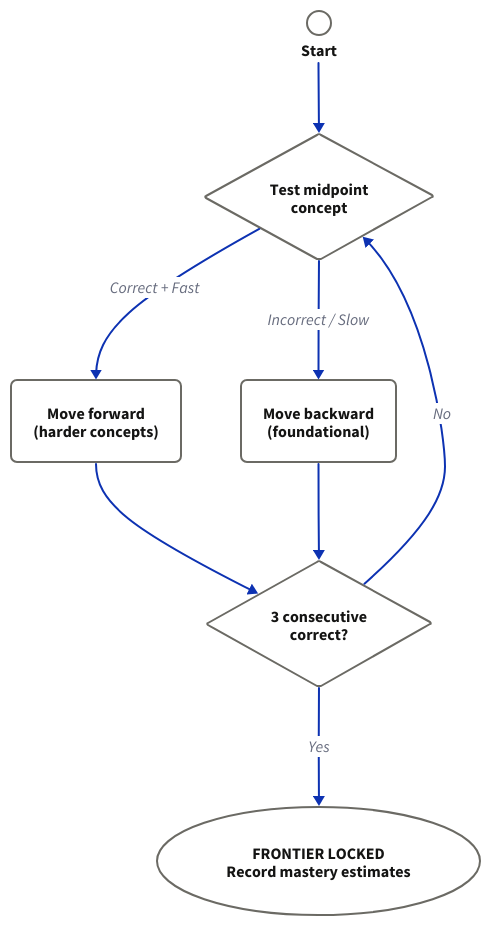
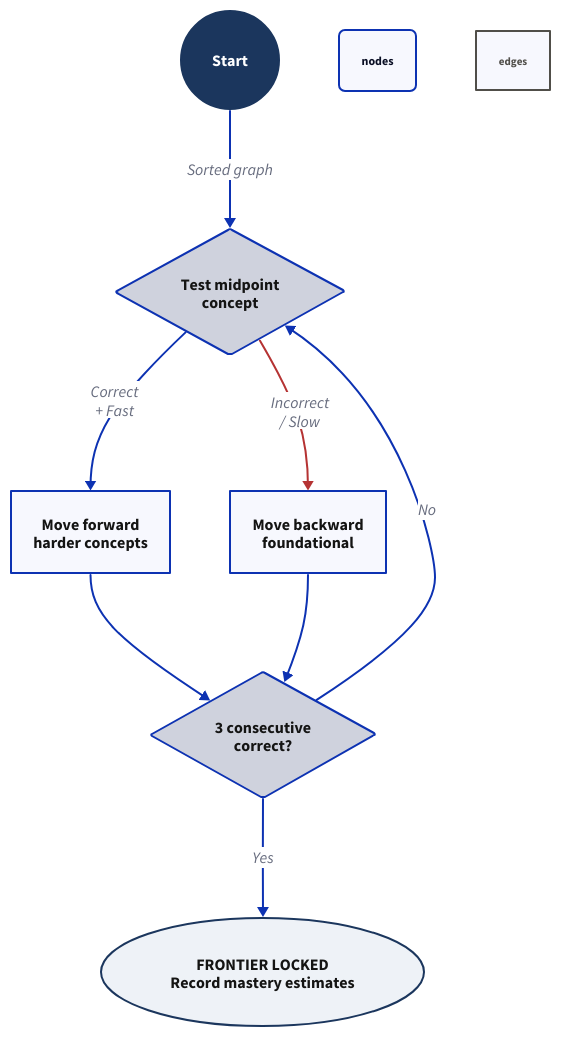
The diagram in web/next-app/diagrams/cat-diagnostic.d2 (chuma-beep/mathua), drawn with D2 before and after one commit. The commit also changed 19 other files, not shown here.

Commit message:
complete D2 diagrams — restore full detail (sub-layers, internal modules, labelled edges)

```diff
--- a/web/next-app/diagrams/cat-diagnostic.d2
+++ b/web/next-app/diagrams/cat-diagnostic.d2
@@ -1,40 +1,76 @@
+# CAT Diagnostic — Binary search frontier detection
+
 Start: {
   shape: circle
-  width: 24
-  height: 24
-  style.fill: "#1B365D"
+  label: Start
+  style: {
+    fill: "#1B365D"
+    font-color: "#ffffff"
+    stroke: "#1B365D"
+  }
 }
 
-Start -> Midpoint
+Start -> Midpoint: Sorted graph
 
 Midpoint: Test midpoint\nconcept {
   shape: diamond
+  style: {
+    font-color: "#141413"
+  }
 }
 
-Midpoint -> Forward: Correct + Fast
-Midpoint -> Backward: Incorrect / Slow
+Midpoint -> Forward: "Correct\n+ Fast"
 
-Forward: Move forward\n(harder concepts)
-Backward: Move backward\n(foundational)
+Forward: Move forward\nharder concepts {
+  style: {
+    font-color: "#141413"
+  }
+}
+
+Midpoint -> Backward: "Incorrect\n/ Slow" {
+  style.stroke: "#B53333"
+}
+
+Backward: Move backward\nfoundational {
+  style: {
+    font-color: "#141413"
+  }
+}
+
 Forward -> Check
 Backward -> Check
 
 Check: 3 consecutive\ncorrect? {
   shape: diamond
+  style: {
+    font-color: "#141413"
+  }
 }
 
-Check -> Locked: Yes
+Check -> Locked: "Yes"
 
 Locked: FRONTIER LOCKED\nRecord mastery estimates {
   shape: oval
-  style.fill: "#EEF2F7"
+  style: {
+    fill: "#EEF2F7"
+    font-color: "#141413"
+    stroke: "#1B365D"
+  }
 }
 
-Check -> Midpoint: No
+Check -> Midpoint: "No"
 
-*.style: {
-  fill: "transparent"
-  font-color: "#141413"
-  border-radius: 6
-  stroke: "#6b6a64"
+nodes: {
+  style: {
+    font-size: 12
+    border-radius: 6
+  }
 }
+
+edges: {
+  style: {
+    stroke: "#504e49"
+    font-size: 11
+    font-color: "#504e49"
+  }
+}
```
